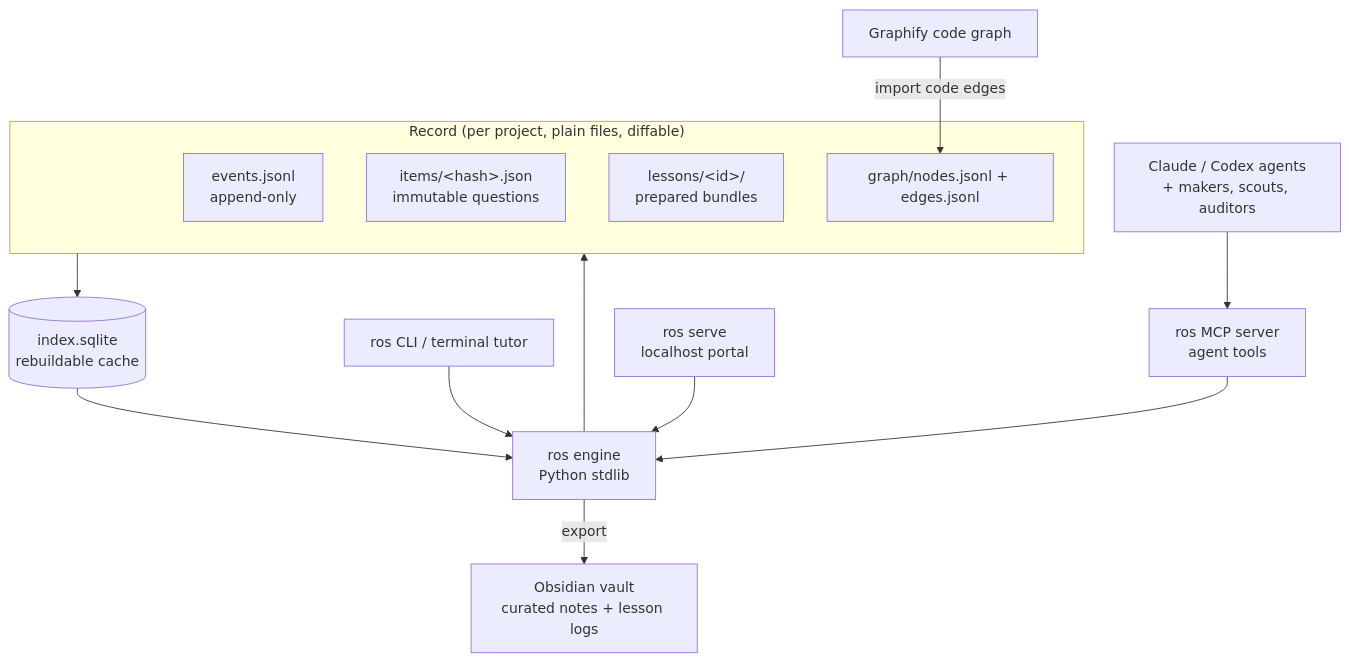
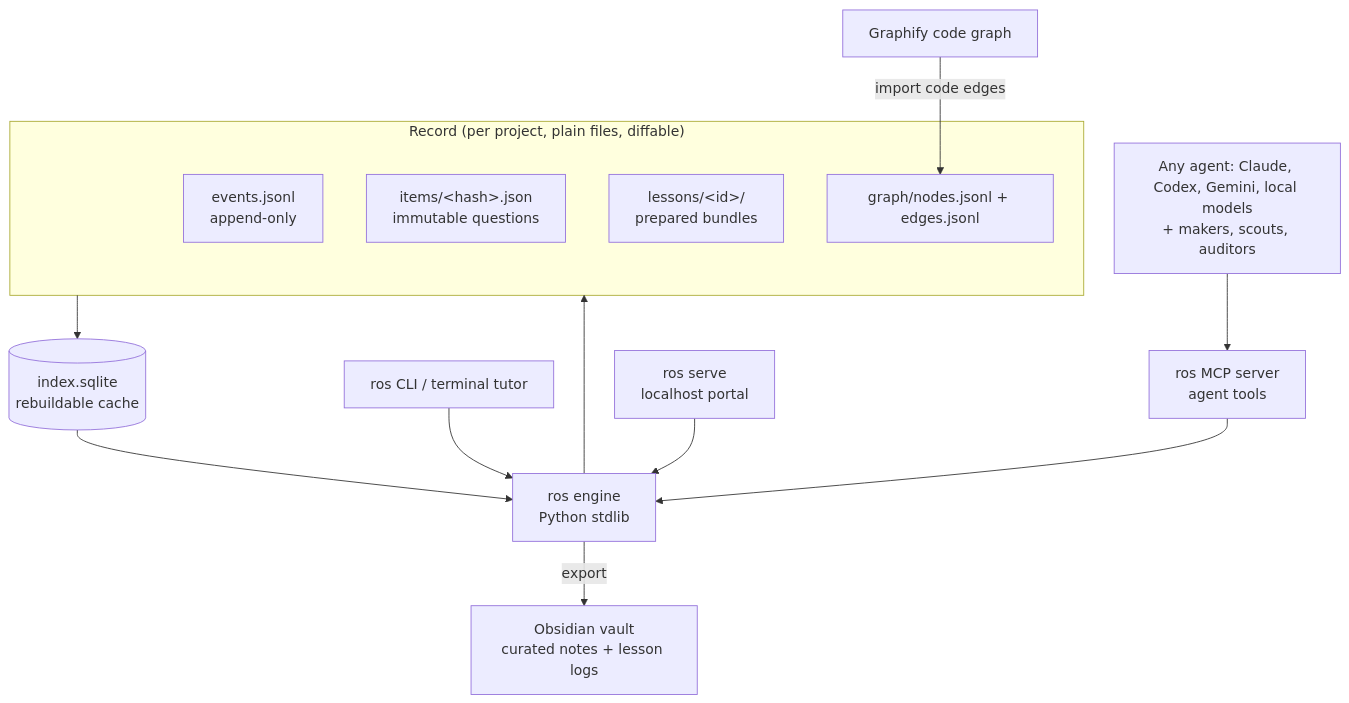
The first of 3 diagrams in docs/plans/v1.0-overhaul-architecture.md (Chagatai404/scientific-research-os), drawn with Mermaid before and after one commit. The commit also changed other lines of this file, not shown here.

First line of the commit message:
Record the remaining v1.0 decisions: model-agnostic agents, blackboard retired, record outside the vault, optional transcripts

````diff
--- a/docs/plans/v1.0-overhaul-architecture.md
+++ b/docs/plans/v1.0-overhaul-architecture.md
@@ -118,25 +118,25 @@
 ```mermaid
 graph TD
   subgraph Record["Record (per project, plain files, diffable)"]
     EV[events.jsonl<br/>append-only]
     IT[items/&lt;hash&gt;.json<br/>immutable questions]
     LB[lessons/&lt;id&gt;/<br/>prepared bundles]
     GR[graph/nodes.jsonl + edges.jsonl]
   end
   IDX[(index.sqlite<br/>rebuildable cache)]
   ENG[ros engine<br/>Python stdlib]
   CLI[ros CLI / terminal tutor]
   MCP[ros MCP server<br/>agent tools]
   WEB[ros serve<br/>localhost portal]
   OBS[Obsidian vault<br/>curated notes + lesson logs]
-  AG[Claude / Codex agents<br/>+ makers, scouts, auditors]
+  AG[Any agent: Claude, Codex, Gemini, local models<br/>+ makers, scouts, auditors]
   GFY[Graphify code graph]
   Record --> IDX --> ENG
   ENG --> Record
   CLI --> ENG
   MCP --> ENG
   WEB --> ENG
   AG --> MCP
   ENG -->|export| OBS
   GFY -->|import code edges| GR
 ```
````
